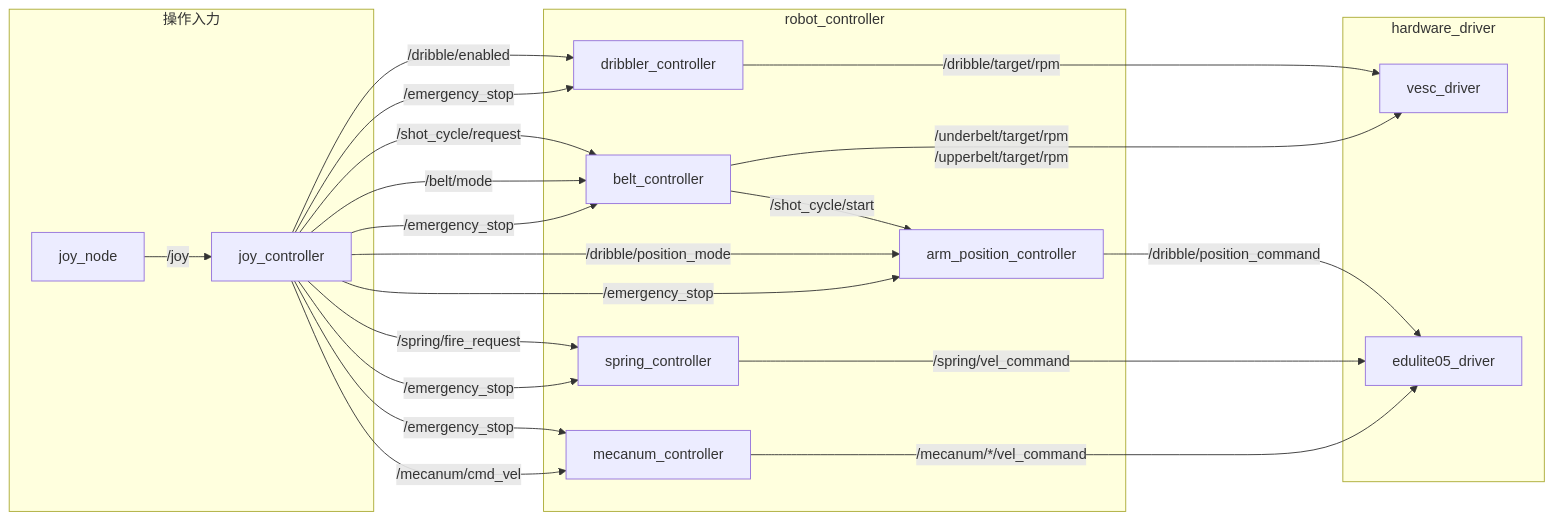
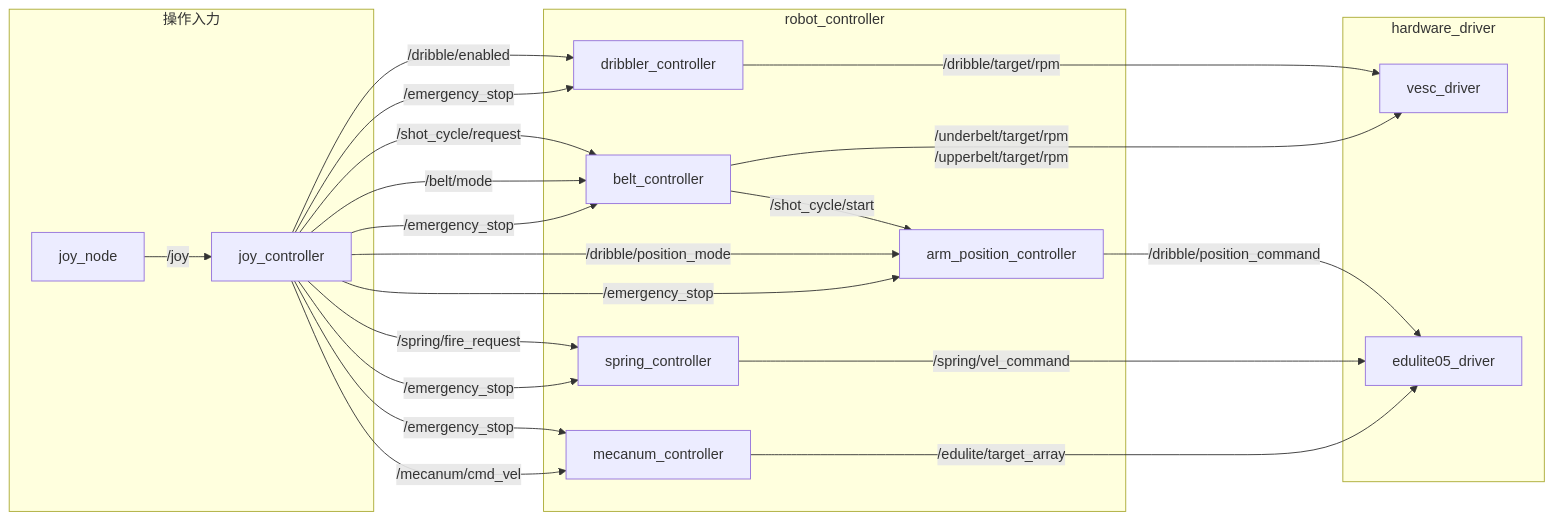
Before and after one commit to rodep-soft/rox2026: the diagram in ros2_ws/src/robot_controller/README.md, drawn with Mermaid. The commit also changed 16 other files, not shown here.

````diff
--- a/ros2_ws/src/robot_controller/README.md
+++ b/ros2_ws/src/robot_controller/README.md
@@ -22,41 +22,41 @@
 ```mermaid
 flowchart LR
   subgraph input["操作入力"]
     joy["joy_node"]
     joy_controller["joy_controller"]
     joy -->|"/joy"| joy_controller
   end
 
   subgraph controllers["robot_controller"]
     mecanum["mecanum_controller"]
     spring["spring_controller"]
     belt["belt_controller"]
     dribbler["dribbler_controller"]
     arm["arm_position_controller"]
   end
 
   subgraph drivers["hardware_driver"]
     vesc["vesc_driver"]
     edulite["edulite05_driver"]
   end
 
   joy_controller -->|"/mecanum/cmd_vel"| mecanum
   joy_controller -->|"/emergency_stop"| mecanum
   joy_controller -->|"/emergency_stop"| spring
   joy_controller -->|"/emergency_stop"| belt
   joy_controller -->|"/emergency_stop"| dribbler
   joy_controller -->|"/emergency_stop"| arm
 
   joy_controller -->|"/belt/mode"| belt
   joy_controller -->|"/dribble/enabled"| dribbler
   joy_controller -->|"/dribble/position_mode"| arm
   joy_controller -->|"/spring/fire_request"| spring
   joy_controller -->|"/shot_cycle/request"| belt
   belt -->|"/shot_cycle/start"| arm
 
   belt -->|"/underbelt/target/rpm<br/>/upperbelt/target/rpm"| vesc
   dribbler -->|"/dribble/target/rpm"| vesc
-  mecanum -->|"/mecanum/*/vel_command"| edulite
+  mecanum -->|"/edulite/target_array"| edulite
   spring -->|"/spring/vel_command"| edulite
   arm -->|"/dribble/position_command"| edulite
 ```
````
